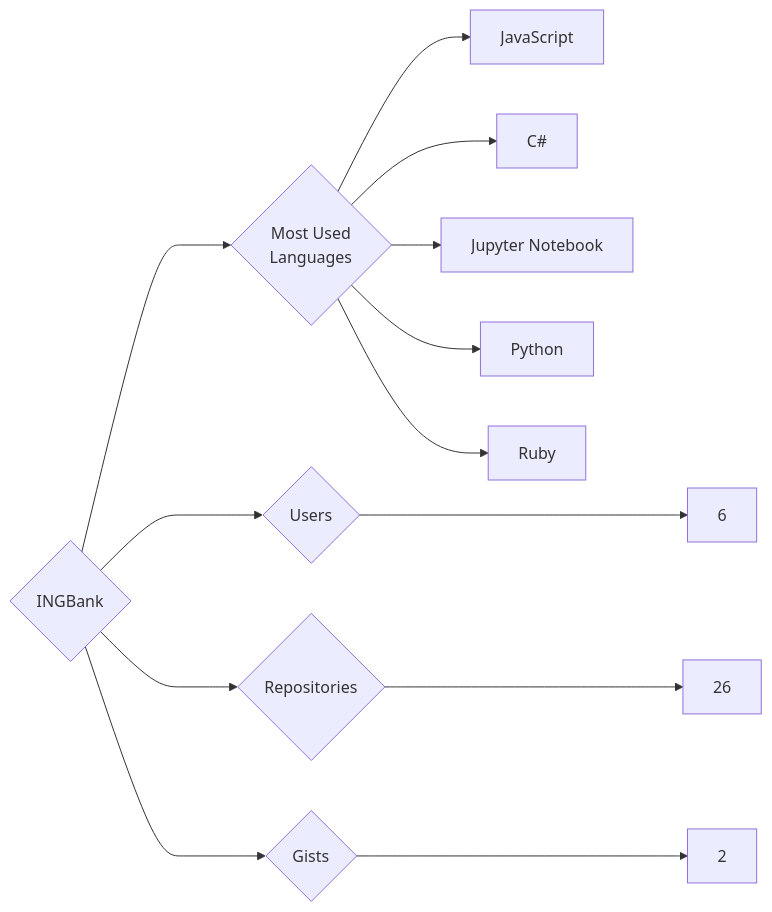
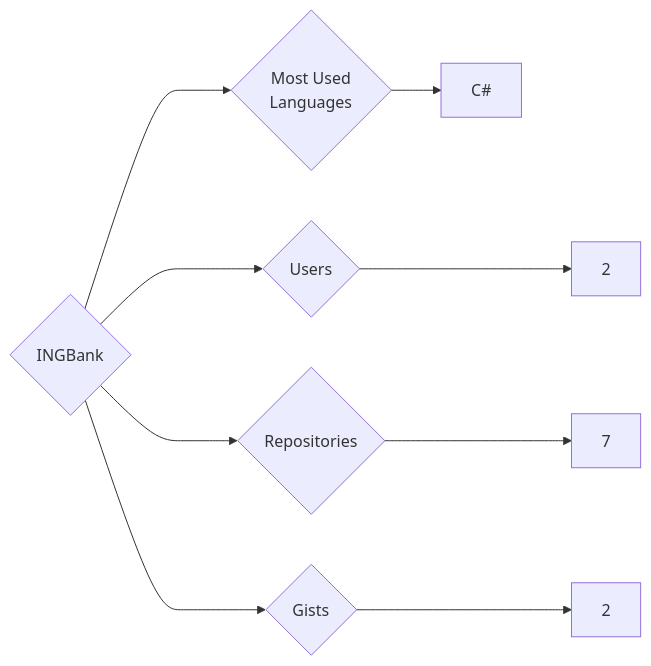
Before and after one commit to trickest/insiders: the diagram in targets/INGBank/README.md, drawn with Mermaid. The commit also changed 1148 other files, not shown here.

````diff
--- a/targets/INGBank/README.md
+++ b/targets/INGBank/README.md
@@ -3,13 +3,9 @@
 ```mermaid
 graph LR
 COMPANY_NAME{INGBank}
-COMPANY_NAME ---> U{Users} ---> UN[6]
-COMPANY_NAME ---> R{Repositories} ---> RN[26]
+COMPANY_NAME ---> U{Users} ---> UN[2]
+COMPANY_NAME ---> R{Repositories} ---> RN[7]
 COMPANY_NAME ---> G{Gists} ---> GN[2]
 COMPANY_NAME ---> ML{Most Used<br>Languages}
-ML --> JavaScript[JavaScript]
 ML --> C#[C#]
-ML --> Jupyter_Notebook[Jupyter Notebook]
-ML --> Python[Python]
-ML --> Ruby[Ruby]
 ```
````
